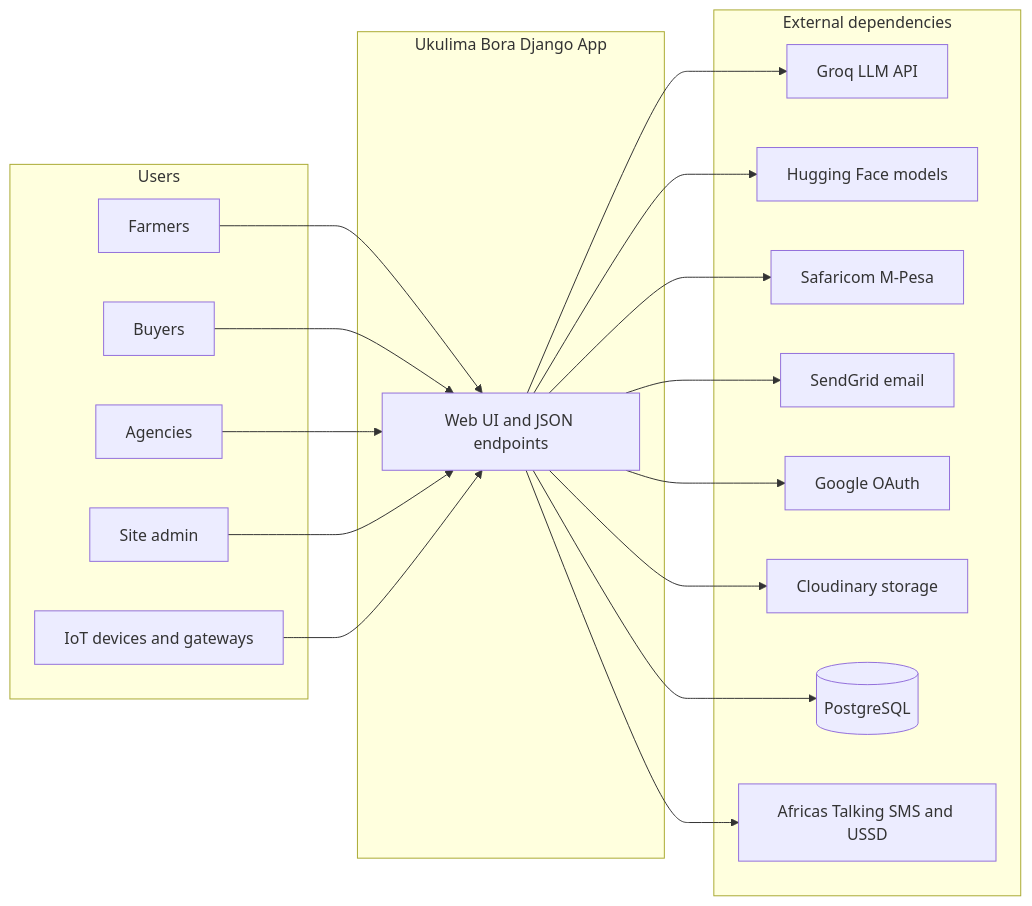
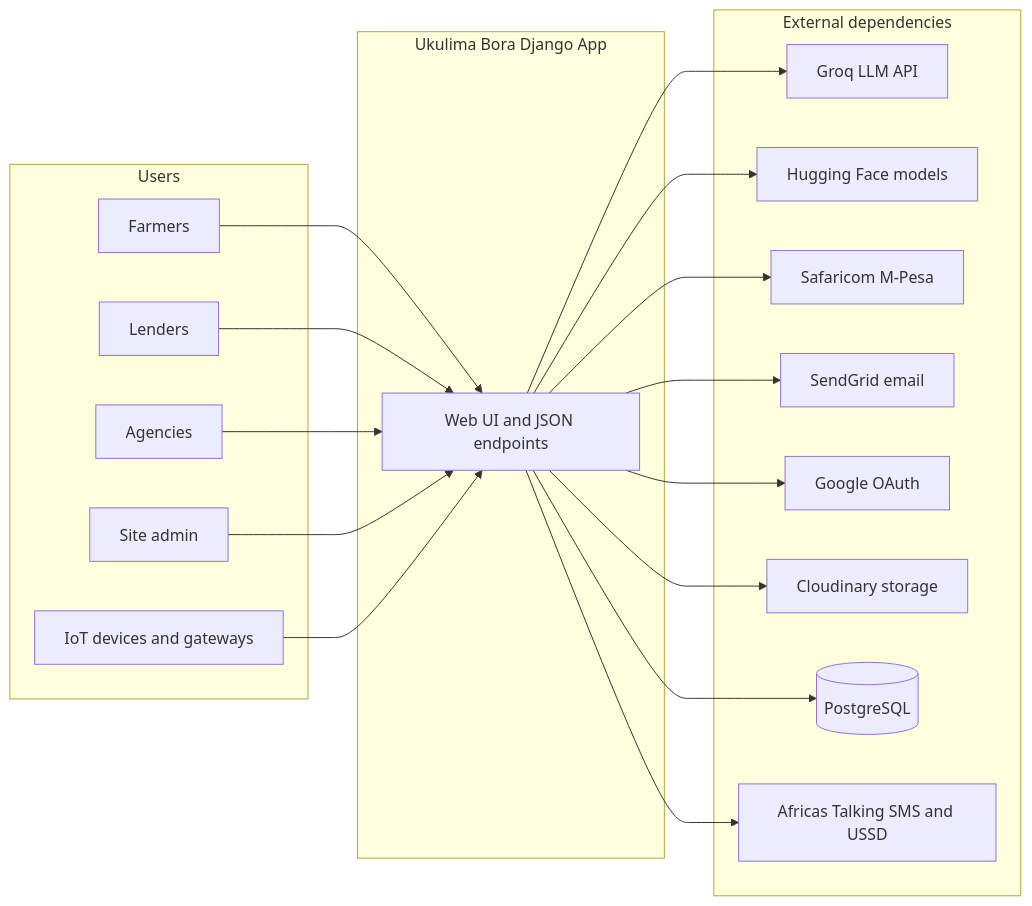
One commit to AGRICULTURE-STARTUP/crop_AI_analyzer changed the first of 3 diagrams in docs/SYSTEM_DOCUMENTATION.md. Above: the diagram before and after it, drawn with Mermaid. The commit also changed other lines of this file and 74 other files, not shown here.

````diff
--- a/docs/SYSTEM_DOCUMENTATION.md
+++ b/docs/SYSTEM_DOCUMENTATION.md
@@ -75,36 +76,36 @@
 ```mermaid
 flowchart LR
     subgraph users [Users]
         F[Farmers]
-        B[Buyers]
         A[Agencies]
+        L[Lenders]
         AD[Site admin]
         D[IoT devices and gateways]
     end
     subgraph agri [Ukulima Bora Django App]
         WEB[Web UI and JSON endpoints]
     end
     subgraph external [External dependencies]
         GROQ[Groq LLM API]
         HF[Hugging Face models]
         MPESA[Safaricom M-Pesa]
         SG[SendGrid email]
         GOOG[Google OAuth]
         CL[Cloudinary storage]
         PG[(PostgreSQL)]
         AT[Africas Talking SMS and USSD]
     end
     F --> WEB
-    B --> WEB
+    L --> WEB
     A --> WEB
     AD --> WEB
     D --> WEB
     WEB --> GROQ
     WEB --> HF
     WEB --> MPESA
     WEB --> SG
     WEB --> GOOG
     WEB --> CL
     WEB --> PG
     WEB --> AT
 ```
````
